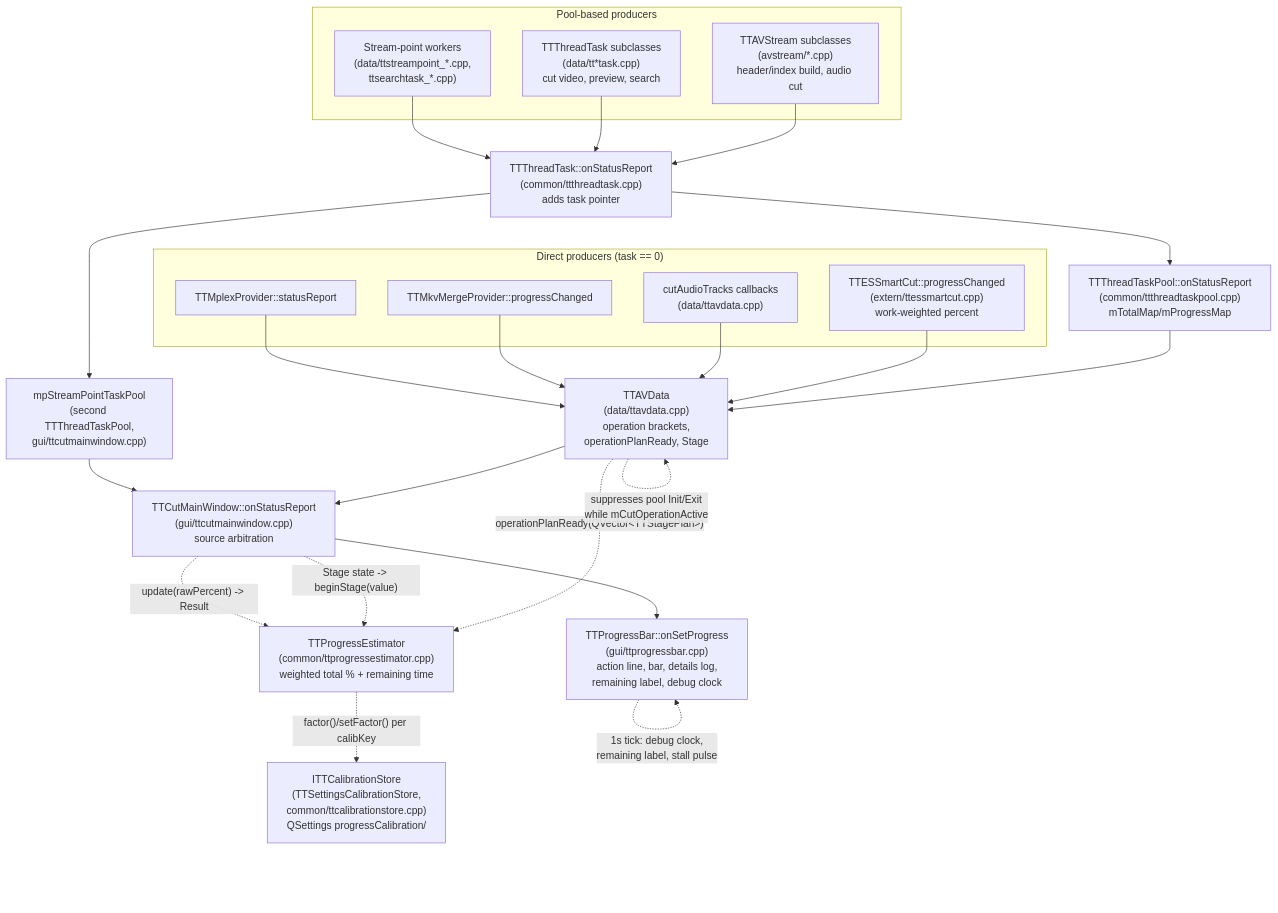
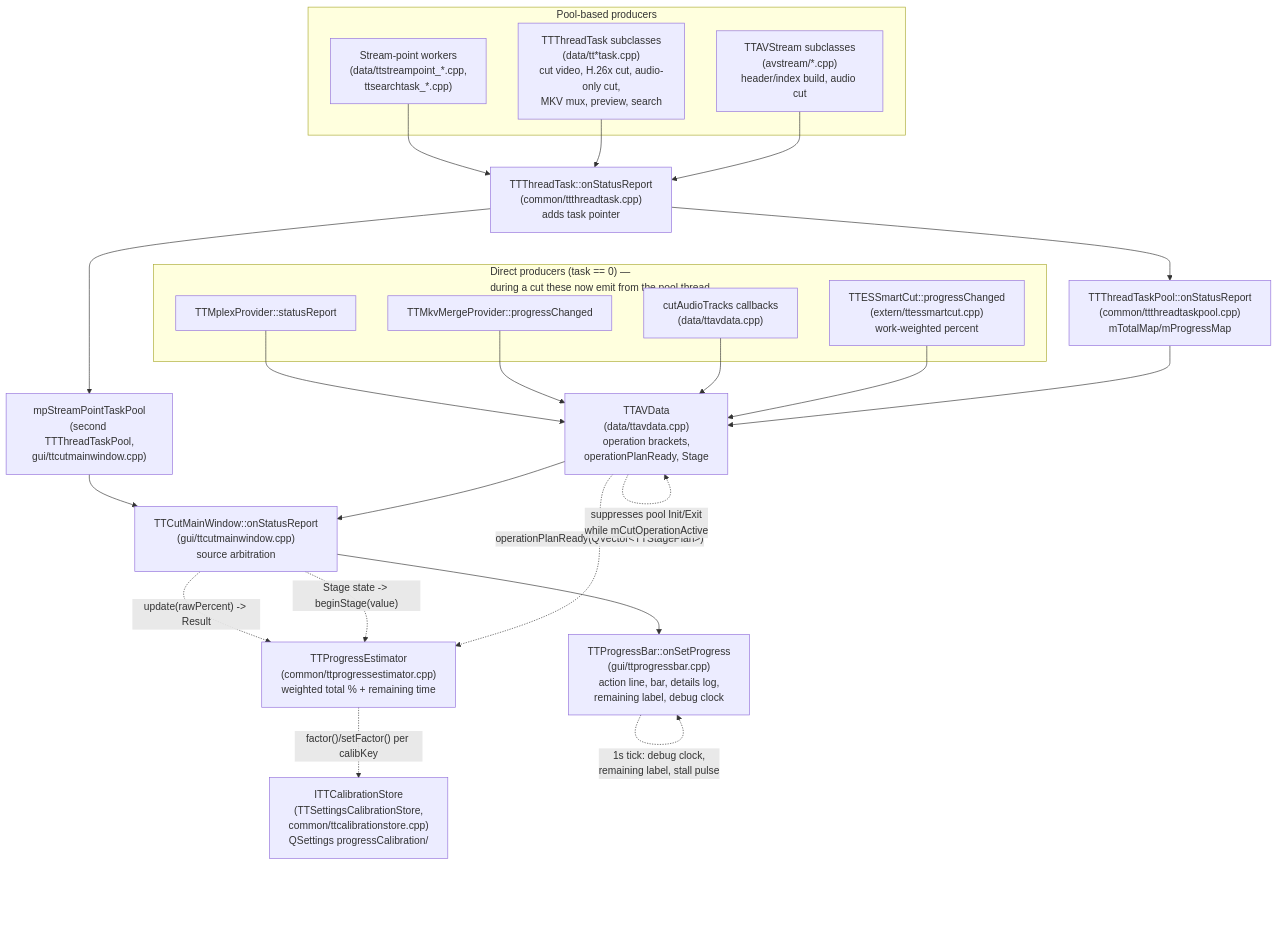
Before and after one commit to MINIXJR/TTCut-ng: the diagram in docs/code-map/progress-reporting.md, drawn with Mermaid. The commit also changed other lines of this file and 33 other files, not shown here.

````diff
--- a/docs/code-map/progress-reporting.md
+++ b/docs/code-map/progress-reporting.md
@@ -47,42 +80,42 @@
 ```mermaid
 flowchart TD
     subgraph producers_pool ["Pool-based producers"]
         AVS["TTAVStream subclasses<br/>(avstream/*.cpp)<br/>header/index build, audio cut"]
-        TASKS["TTThreadTask subclasses<br/>(data/tt*task.cpp)<br/>cut video, preview, search"]
+        TASKS["TTThreadTask subclasses<br/>(data/tt*task.cpp)<br/>cut video, H.26x cut, audio-only cut,<br/>MKV mux, preview, search"]
         SPW["Stream-point workers<br/>(data/ttstreampoint_*.cpp,<br/>ttsearchtask_*.cpp)"]
     end
-    subgraph producers_direct ["Direct producers (task == 0)"]
+    subgraph producers_direct ["Direct producers (task == 0) —<br/>during a cut these now emit from the pool thread"]
         SC["TTESSmartCut::progressChanged<br/>(extern/ttessmartcut.cpp)<br/>work-weighted percent"]
         AUD["cutAudioTracks callbacks<br/>(data/ttavdata.cpp)"]
         MKV["TTMkvMergeProvider::progressChanged"]
         MPX["TTMplexProvider::statusReport"]
     end
     TASK["TTThreadTask::onStatusReport<br/>(common/ttthreadtask.cpp)<br/>adds task pointer"]
     POOL["TTThreadTaskPool::onStatusReport<br/>(common/ttthreadtaskpool.cpp)<br/>mTotalMap/mProgressMap"]
     SPPOOL["mpStreamPointTaskPool<br/>(second TTThreadTaskPool,<br/>gui/ttcutmainwindow.cpp)"]
     AVD["TTAVData<br/>(data/ttavdata.cpp)<br/>operation brackets,<br/>operationPlanReady, Stage"]
     EST["TTProgressEstimator<br/>(common/ttprogressestimator.cpp)<br/>weighted total % + remaining time"]
     CAL["ITTCalibrationStore<br/>(TTSettingsCalibrationStore,<br/>common/ttcalibrationstore.cpp)<br/>QSettings progressCalibration/"]
     MW["TTCutMainWindow::onStatusReport<br/>(gui/ttcutmainwindow.cpp)<br/>source arbitration"]
     BAR["TTProgressBar::onSetProgress<br/>(gui/ttprogressbar.cpp)<br/>action line, bar, details log,<br/>remaining label, debug clock"]
 
     AVS --> TASK
     TASKS --> TASK
     SPW --> TASK
     TASK --> POOL
     TASK --> SPPOOL
     POOL --> AVD
     SC --> AVD
     AUD --> AVD
     MKV --> AVD
     MPX --> AVD
     AVD --> MW
     AVD -.->|"operationPlanReady(QVector&lt;TTStagePlan&gt;)"| EST
     MW -.->|"Stage state -&gt; beginStage(value)"| EST
     MW -.->|"update(rawPercent) -&gt; Result"| EST
     EST -.->|"factor()/setFactor() per calibKey"| CAL
     SPPOOL --> MW
     MW --> BAR
     AVD -.->|"suppresses pool Init/Exit<br/>while mCutOperationActive"| AVD
     BAR -.->|"1s tick: debug clock,<br/>remaining label, stall pulse"| BAR
 ```
````
